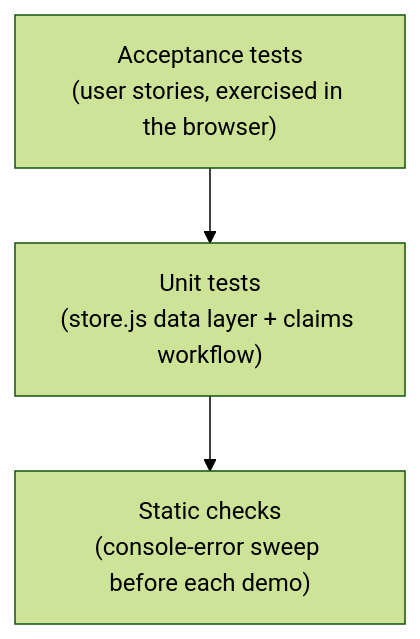
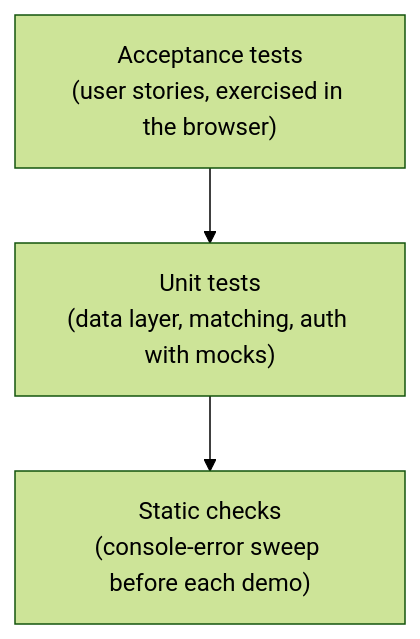
Before and after one commit to 929919/Smart-Lost-and-Found-System: the diagram in docs/testing.md, drawn with Mermaid (forest theme). The commit also changed other lines of this file and 10 other files, not shown here.

````diff
--- a/docs/testing.md
+++ b/docs/testing.md
@@ -12,6 +12,6 @@
 ```mermaid
 flowchart TD
   A["Acceptance tests<br/>(user stories, exercised in the browser)"] --> B
-  B["Unit tests<br/>(store.js data layer + claims workflow)"] --> C
+  B["Unit tests<br/>(data layer, matching, auth with mocks)"] --> C
   C["Static checks<br/>(console-error sweep before each demo)"]
 ```
````
